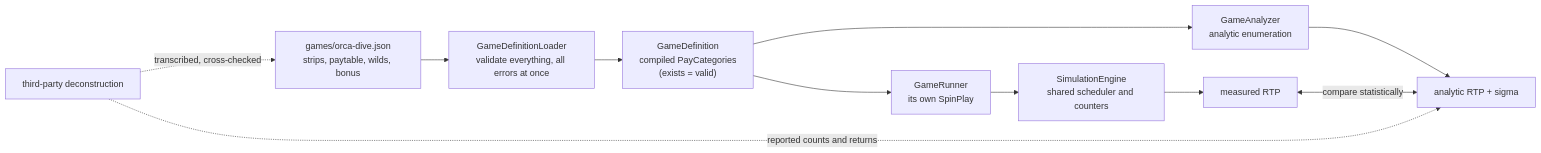
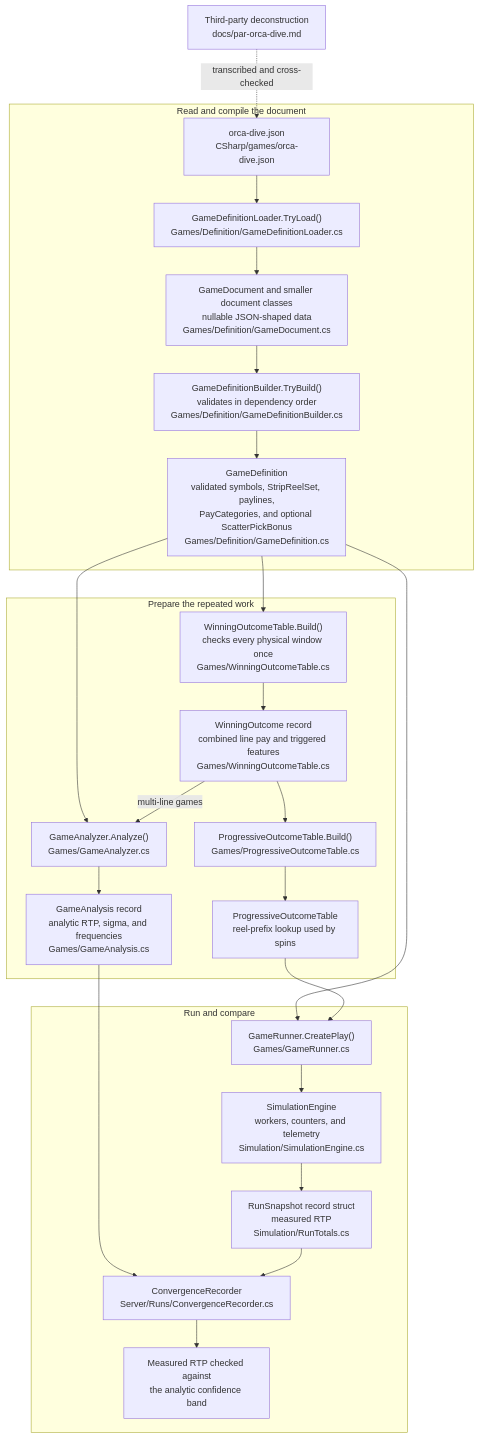
Before and after one commit to mmpworks/MMP.SlotDemo: the diagram in docs/articles/07-games-as-data.md, drawn with Mermaid. The commit also changed other lines of this file and 5 other files, not shown here.

````diff
--- a/docs/articles/07-games-as-data.md
+++ b/docs/articles/07-games-as-data.md
@@ -400,13 +452,31 @@
 ```mermaid
-flowchart LR
-    JSON["games/orca-dive.json<br/>strips, paytable, wilds, bonus"] --> LOADER["GameDefinitionLoader<br/>validate everything, all errors at once"]
-    LOADER --> DEF["GameDefinition<br/>compiled PayCategories<br/>(exists = valid)"]
-    DEF --> RUNNER["GameRunner<br/>its own SpinPlay"]
-    DEF --> AN["GameAnalyzer<br/>analytic enumeration"]
-    RUNNER --> ENG["SimulationEngine<br/>shared scheduler and counters"]
-    ENG --> MEAS["measured RTP"]
-    AN --> EXPECTED["analytic RTP + sigma"]
-    MEAS <-->|"compare statistically"| EXPECTED
-    PAR["third-party deconstruction"] -.->|transcribed, cross-checked| JSON
-    PAR -.->|"reported counts and returns"| EXPECTED
+flowchart TB
+    PAR["Third-party deconstruction<br/>docs/par-orca-dive.md"] -.->|"transcribed and cross-checked"| JSON["orca-dive.json<br/>CSharp/games/orca-dive.json"]
+
+    subgraph LOAD["Read and compile the document"]
+        JSON --> LOADER["GameDefinitionLoader.TryLoad()<br/>Games/Definition/GameDefinitionLoader.cs"]
+        LOADER --> DOC["GameDocument and smaller document classes<br/>nullable JSON-shaped data<br/>Games/Definition/GameDocument.cs"]
+        DOC --> BUILDER["GameDefinitionBuilder.TryBuild()<br/>validates in dependency order<br/>Games/Definition/GameDefinitionBuilder.cs"]
+        BUILDER --> DEF["GameDefinition<br/>validated symbols, StripReelSet, paylines,<br/>PayCategories, and optional ScatterPickBonus<br/>Games/Definition/GameDefinition.cs"]
+    end
+
+    subgraph PREP["Prepare the repeated work"]
+        DEF --> WBUILD["WinningOutcomeTable.Build()<br/>checks every physical window once<br/>Games/WinningOutcomeTable.cs"]
+        WBUILD --> OUTCOME["WinningOutcome record<br/>combined line pay and triggered features<br/>Games/WinningOutcomeTable.cs"]
+        OUTCOME --> PBUILD["ProgressiveOutcomeTable.Build()<br/>Games/ProgressiveOutcomeTable.cs"]
+        PBUILD --> PTABLE["ProgressiveOutcomeTable<br/>reel-prefix lookup used by spins"]
+        DEF --> ANALYZER["GameAnalyzer.Analyze()<br/>Games/GameAnalyzer.cs"]
+        OUTCOME -->|"multi-line games"| ANALYZER
+        ANALYZER --> ANALYSIS["GameAnalysis record<br/>analytic RTP, sigma, and frequencies<br/>Games/GameAnalysis.cs"]
+    end
+
+    subgraph RUN["Run and compare"]
+        DEF --> RUNNER["GameRunner.CreatePlay()<br/>Games/GameRunner.cs"]
+        PTABLE --> RUNNER
+        RUNNER --> ENGINE["SimulationEngine<br/>workers, counters, and telemetry<br/>Simulation/SimulationEngine.cs"]
+        ENGINE --> SNAPSHOT["RunSnapshot record struct<br/>measured RTP<br/>Simulation/RunTotals.cs"]
+        ANALYSIS --> COMPARE["ConvergenceRecorder<br/>Server/Runs/ConvergenceRecorder.cs"]
+        SNAPSHOT --> COMPARE
+        COMPARE --> VERDICT["Measured RTP checked against<br/>the analytic confidence band"]
+    end
 ```
````
